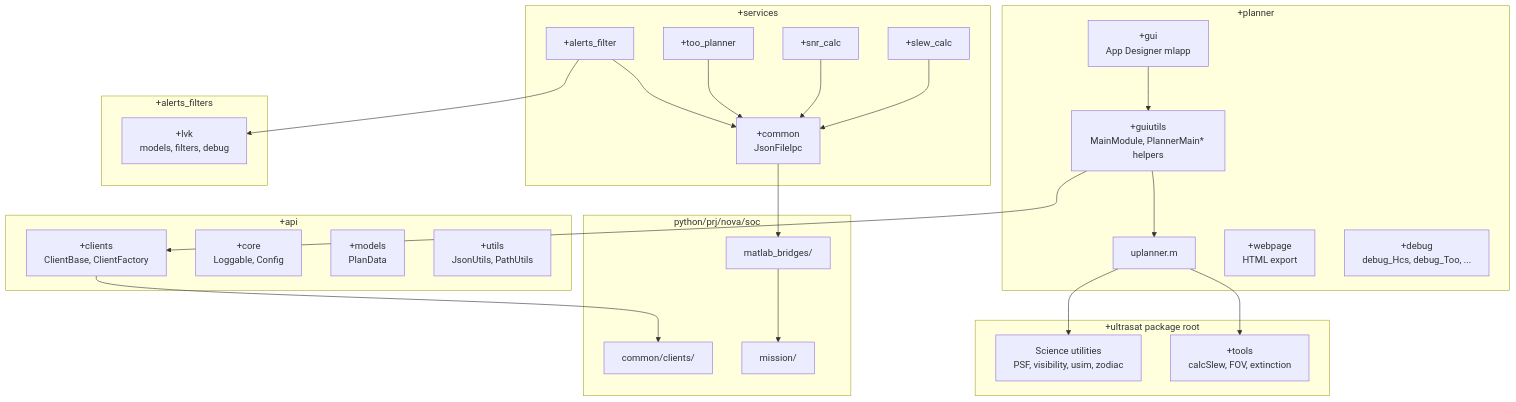
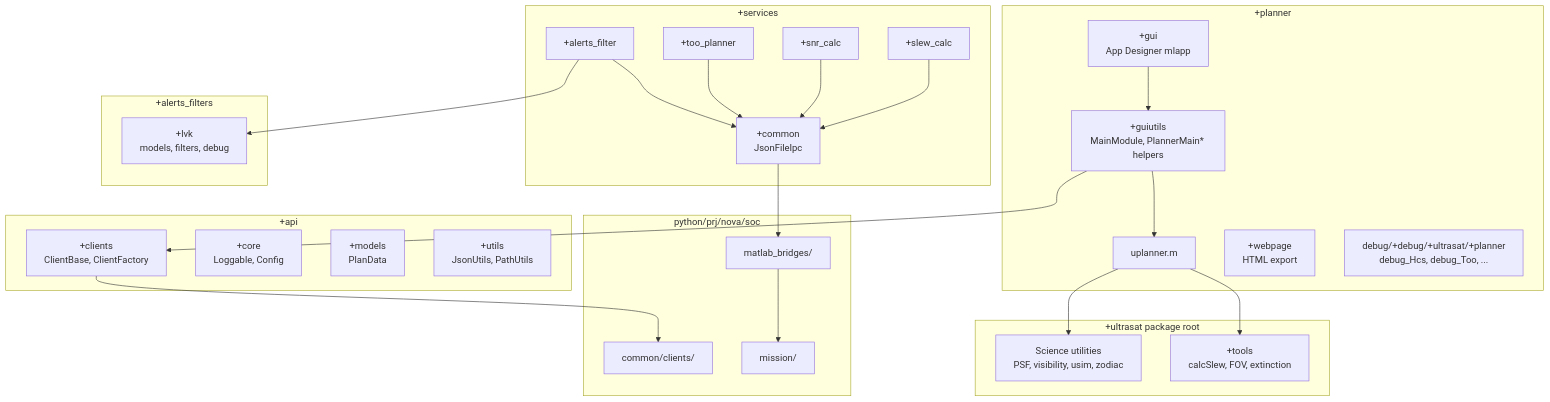
One commit to EranOfek/AstroPack changed the diagram in matlab/astro/+ultrasat/diagrams/architecture_overview.mmd. Above: the diagram before and after it, drawn with Mermaid. The commit also changed 204 other files, not shown here.

```diff
--- a/matlab/astro/+ultrasat/diagrams/architecture_overview.mmd
+++ b/matlab/astro/+ultrasat/diagrams/architecture_overview.mmd
@@ -1,54 +1,54 @@
 flowchart TD
     subgraph root ["+ultrasat package root"]
         sci["Science utilities<br/>PSF, visibility, usim, zodiac"]
         tools["+tools<br/>calcSlew, FOV, extinction"]
     end
 
     subgraph planner ["+planner"]
         uplanner["uplanner.m"]
         gui["+gui<br/>App Designer mlapp"]
         guiutils["+guiutils<br/>MainModule, PlannerMain* helpers"]
         webpage["+webpage<br/>HTML export"]
-        pldebug["+debug<br/>debug_Hcs, debug_Too, ..."]
+        pldebug["debug/+debug/+ultrasat/+planner<br/>debug_Hcs, debug_Too, ..."]
     end
 
     subgraph api ["+api"]
         clients["+clients<br/>ClientBase, ClientFactory"]
         core["+core<br/>Loggable, Config"]
         models["+models<br/>PlanData"]
         utils["+utils<br/>JsonUtils, PathUtils"]
     end
 
     subgraph services ["+services"]
         common["+common<br/>JsonFileIpc"]
         slew["+slew_calc"]
         snr["+snr_calc"]
         too["+too_planner"]
         alerts_svc["+alerts_filter"]
     end
 
     subgraph alerts ["+alerts_filters"]
         lvk["+lvk<br/>models, filters, debug"]
     end
 
     subgraph python ["python/prj/nova/soc"]
         py_clients["common/clients/"]
         bridges["matlab_bridges/"]
         mission["mission/"]
     end
 
     gui --> guiutils
     guiutils --> uplanner
     guiutils --> clients
     uplanner --> tools
     uplanner --> sci
 
     clients --> py_clients
     common --> bridges
     slew --> common
     snr --> common
     too --> common
     alerts_svc --> common
     alerts_svc --> lvk
 
     bridges --> mission
```
